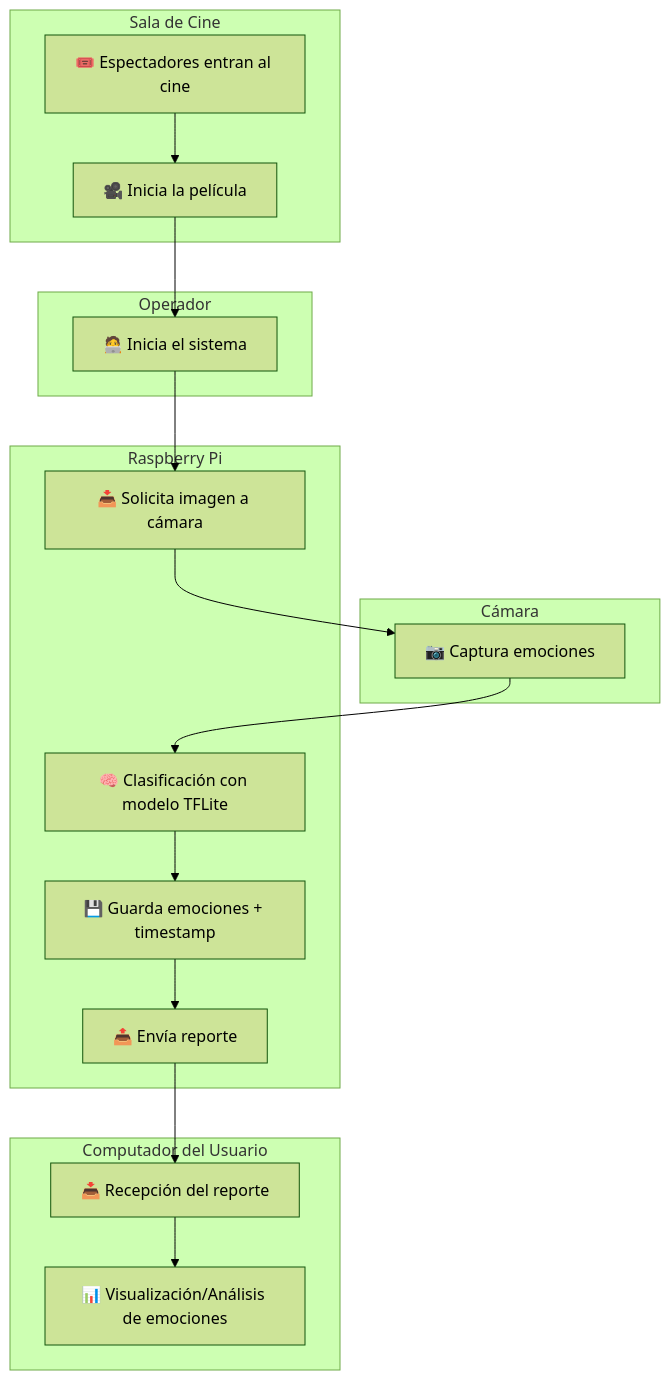
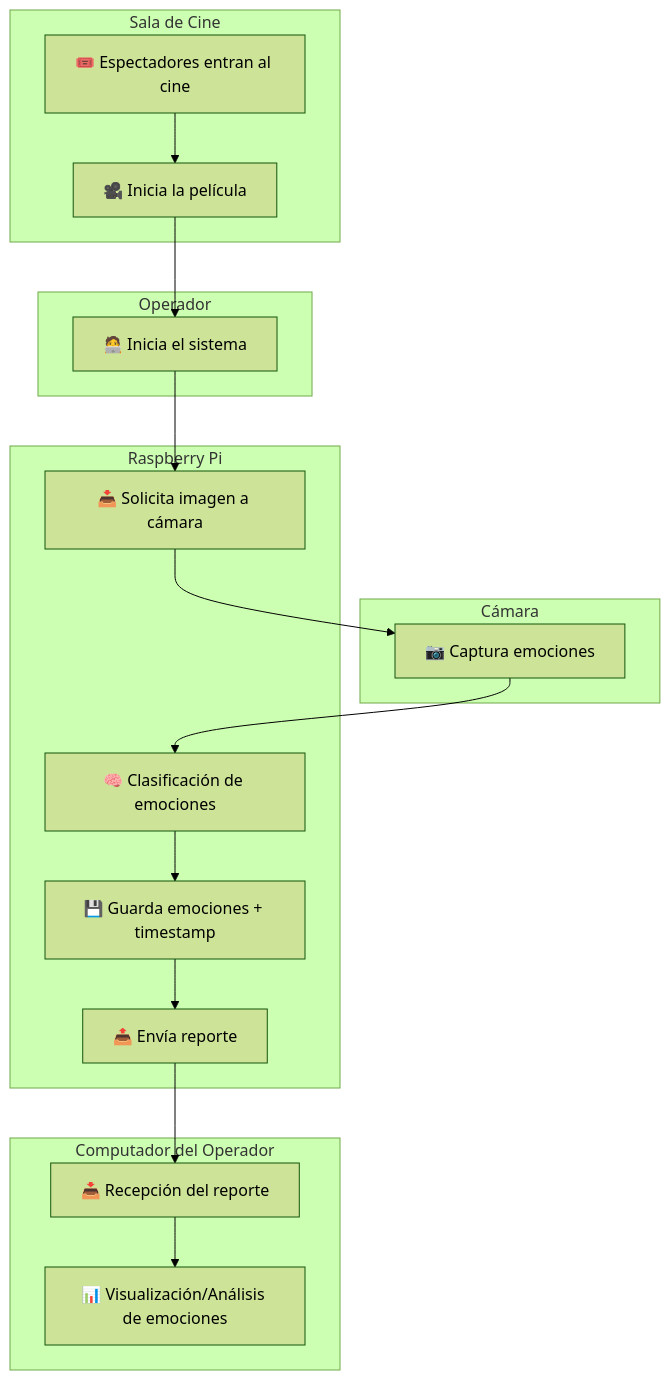
Before and after one commit to lestorres/Reconocimiento_clasificacion_de_expresiones: the diagram in docs/vista-operacional.md, drawn with Mermaid (forest theme).

````diff
--- a/docs/vista-operacional.md
+++ b/docs/vista-operacional.md
@@ -3,38 +3,38 @@
 ```mermaid
 flowchart TD
     subgraph Sala de Cine
         U1[🎟️ Espectadores entran al cine]
         U2[🎥 Inicia la película]
     end
 
     subgraph Operador
         O1[🧑‍💻 Inicia el sistema]
     end
 
     subgraph Cámara
         CAM1[📷 Captura emociones]
     end
 
     subgraph Raspberry Pi
         R2[📥 Solicita imagen a cámara]
-        R3[🧠 Clasificación con modelo TFLite]
+        R3[🧠 Clasificación de emociones]
         R4[💾 Guarda emociones + timestamp]
         R5[📤 Envía reporte]
     end
 
-    subgraph Computador del Usuario
+    subgraph Computador del Operador
         CU1[📥 Recepción del reporte]
         CU2[📊 Visualización/Análisis de emociones]
     end
 
     U1 --> U2
     U2 --> O1
     O1 --> R2
     R2 --> CAM1
     CAM1 --> R3
     R3 --> R4
     R4 --> R5
     R5 --> CU1
     CU1 --> CU2
 
 ```
````
